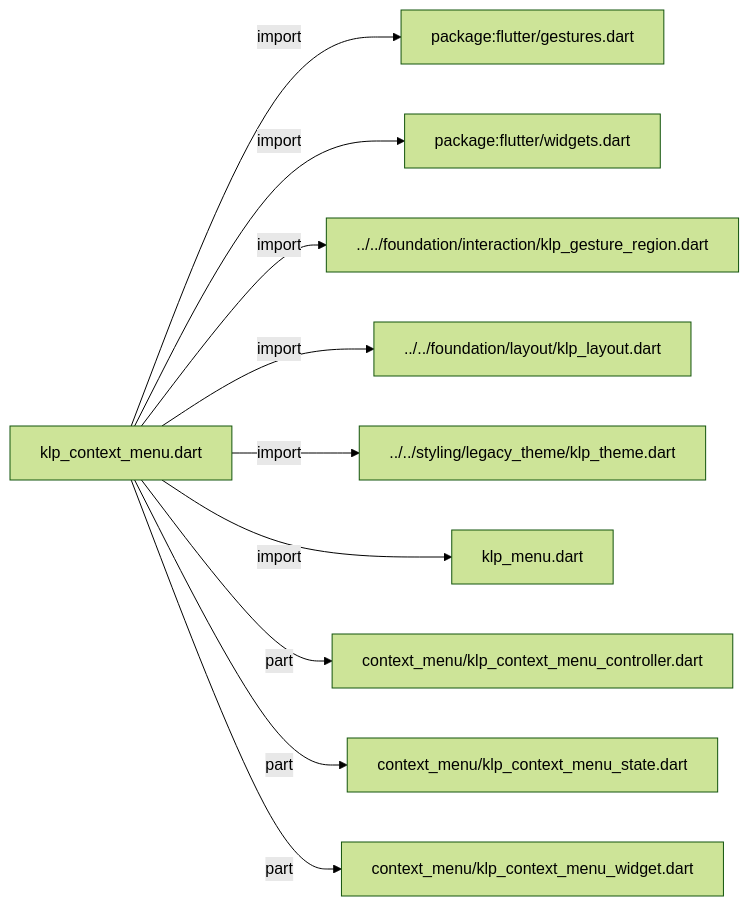
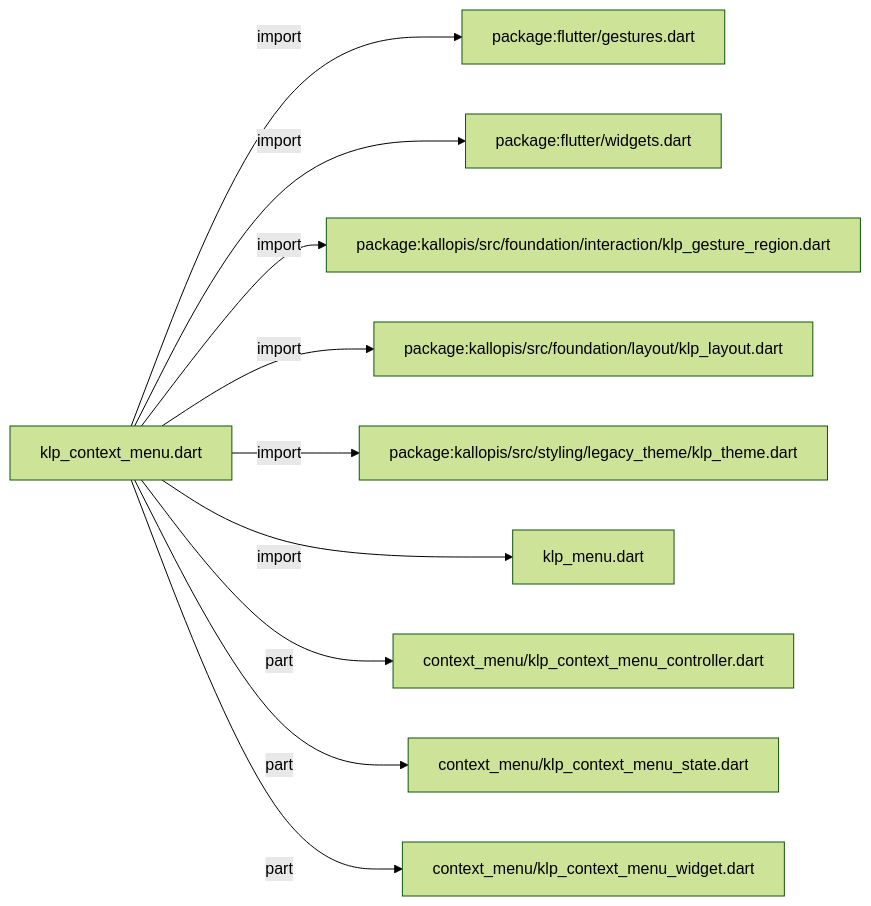
Before and after one commit to MiuDog/Kallopis: the diagram in docs/architecture/src/features/overlays/klp_context_menu.md, drawn with Mermaid (forest theme). The commit also changed other lines of this file and 9688 other files, not shown here.

Commit message:
Prepare isolated Flow F2 peer baseline

````diff
--- a/docs/architecture/src/features/overlays/klp_context_menu.md
+++ b/docs/architecture/src/features/overlays/klp_context_menu.md
@@ -11,22 +11,22 @@
 ```mermaid
 flowchart LR
 	n0["klp_context_menu.dart"]
 	n1["package:flutter/gestures.dart"]
 	n2["package:flutter/widgets.dart"]
-	n3["../../foundation/interaction/klp_gesture_region.dart"]
-	n4["../../foundation/layout/klp_layout.dart"]
-	n5["../../styling/legacy_theme/klp_theme.dart"]
+	n3["package:kallopis/src/foundation/interaction/klp_gesture_region.dart"]
+	n4["package:kallopis/src/foundation/layout/klp_layout.dart"]
+	n5["package:kallopis/src/styling/legacy_theme/klp_theme.dart"]
 	n6["klp_menu.dart"]
 	n7["context_menu/klp_context_menu_controller.dart"]
 	n8["context_menu/klp_context_menu_state.dart"]
 	n9["context_menu/klp_context_menu_widget.dart"]
 	n0 -->|"import"| n1
 	n0 -->|"import"| n2
 	n0 -->|"import"| n3
 	n0 -->|"import"| n4
 	n0 -->|"import"| n5
 	n0 -->|"import"| n6
 	n0 -->|"part"| n7
 	n0 -->|"part"| n8
 	n0 -->|"part"| n9
 ```
````
